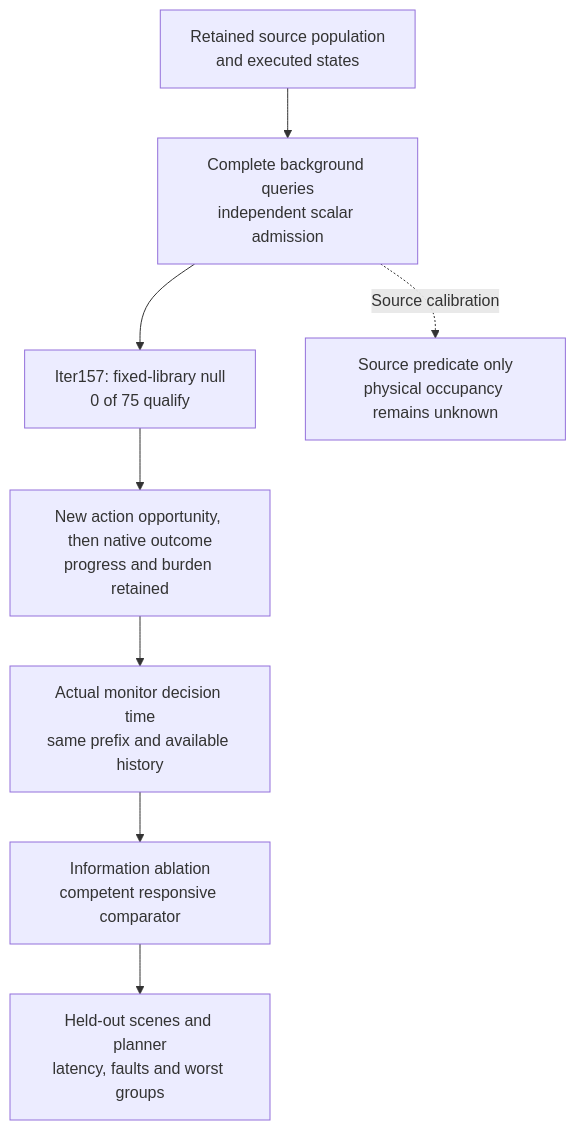
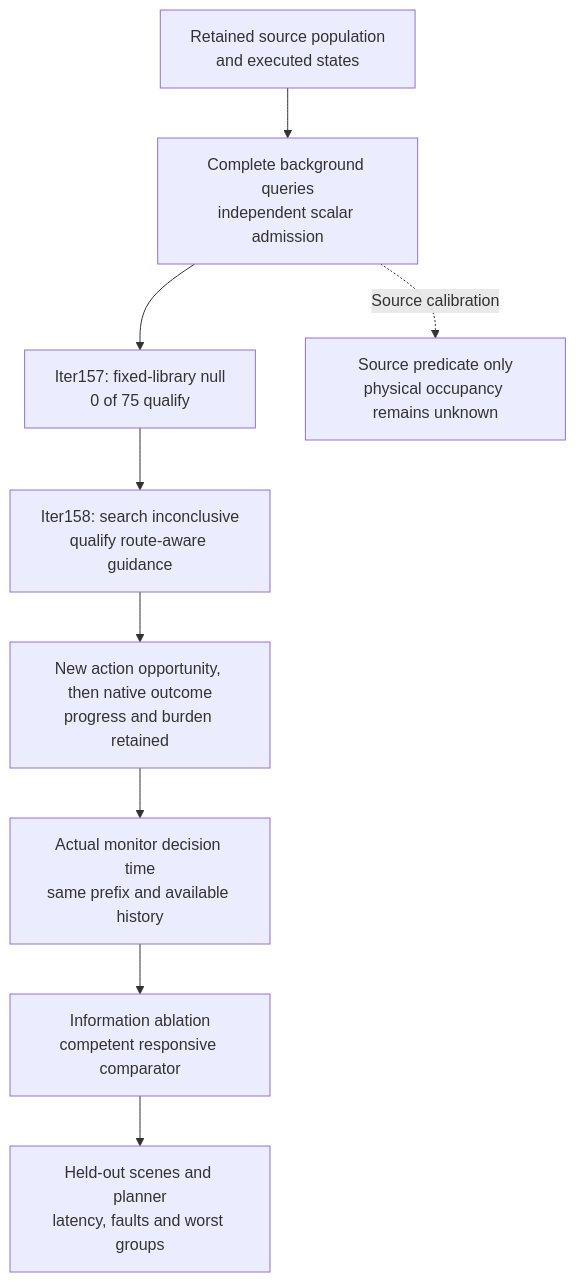
The diagram in docs/research/SENTINEL_FRONTIER_ENGINE_REVIEW_2026-10-12.md (manfromnowhere143/sentinel), drawn with Mermaid before and after one commit. The commit also changed other lines of this file and 41 other files, not shown here.

Commit message:
Close the inconclusive actuator search and advance the evidence contract

````diff
--- a/docs/research/SENTINEL_FRONTIER_ENGINE_REVIEW_2026-10-12.md
+++ b/docs/research/SENTINEL_FRONTIER_ENGINE_REVIEW_2026-10-12.md
@@ -44,12 +51,13 @@
 ```mermaid
 flowchart TB
   accTitle: Proposed evidence sequence after the background constraint
   accDescr: Complete source calibration precedes useful recovery, decision-time validation, information ablation and held-out tests.
   A["Retained source population<br/>and executed states"] --> B["Complete background queries<br/>independent scalar admission"]
   B --> C["Iter157: fixed-library null<br/>0 of 75 qualify"]
-  C --> D["New action opportunity, then native outcome<br/>progress and burden retained"]
+  C --> X["Iter158: search inconclusive<br/>qualify route-aware guidance"]
+  X --> D["New action opportunity, then native outcome<br/>progress and burden retained"]
   D --> E["Actual monitor decision time<br/>same prefix and available history"]
   E --> F["Information ablation<br/>competent responsive comparator"]
   F --> G["Held-out scenes and planner<br/>latency, faults and worst groups"]
   B -. "Source calibration" .-> L["Source predicate only<br/>physical occupancy remains unknown"]
 ```
````
